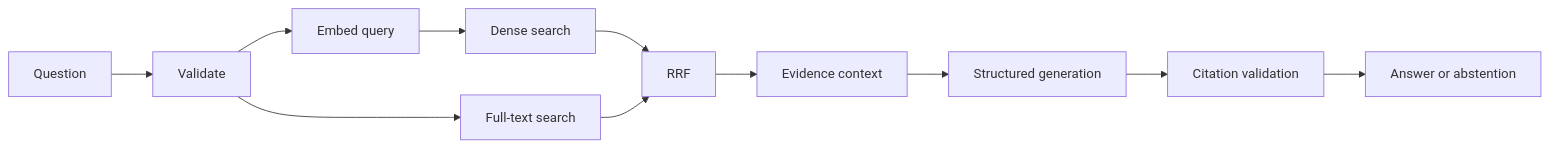
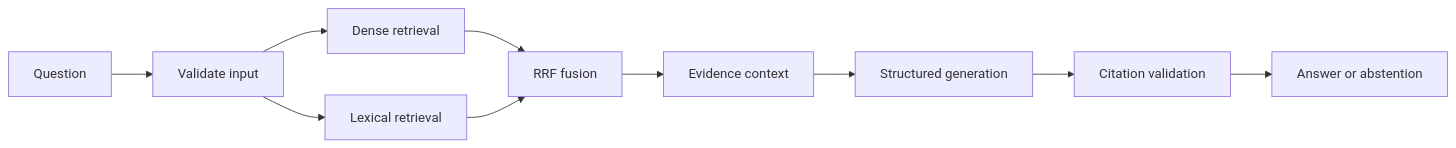
The third of 3 diagrams in README.md (adrinjoseph/Advanced-RAG), drawn with Mermaid before and after one commit. The commit also changed other lines of this file, not shown here.

````diff
--- a/README.md
+++ b/README.md
@@ -67,9 +75,12 @@
 ```mermaid
 flowchart LR
-  Q["Question"] --> V["Validate"] --> E["Embed query"]
-  E --> D["Dense search"]
-  V --> L["Full-text search"]
-  D --> R["RRF"]
-  L --> R
-  R --> C["Evidence context"] --> G["Structured generation"] --> X["Citation validation"] --> O["Answer or abstention"]
+    A["Question"] --> B["Validate input"]
+    B --> C["Dense retrieval"]
+    B --> D["Lexical retrieval"]
+    C --> E["RRF fusion"]
+    D --> E
+    E --> F["Evidence context"]
+    F --> G["Structured generation"]
+    G --> H["Citation validation"]
+    H --> I["Answer or abstention"]
 ```
````
